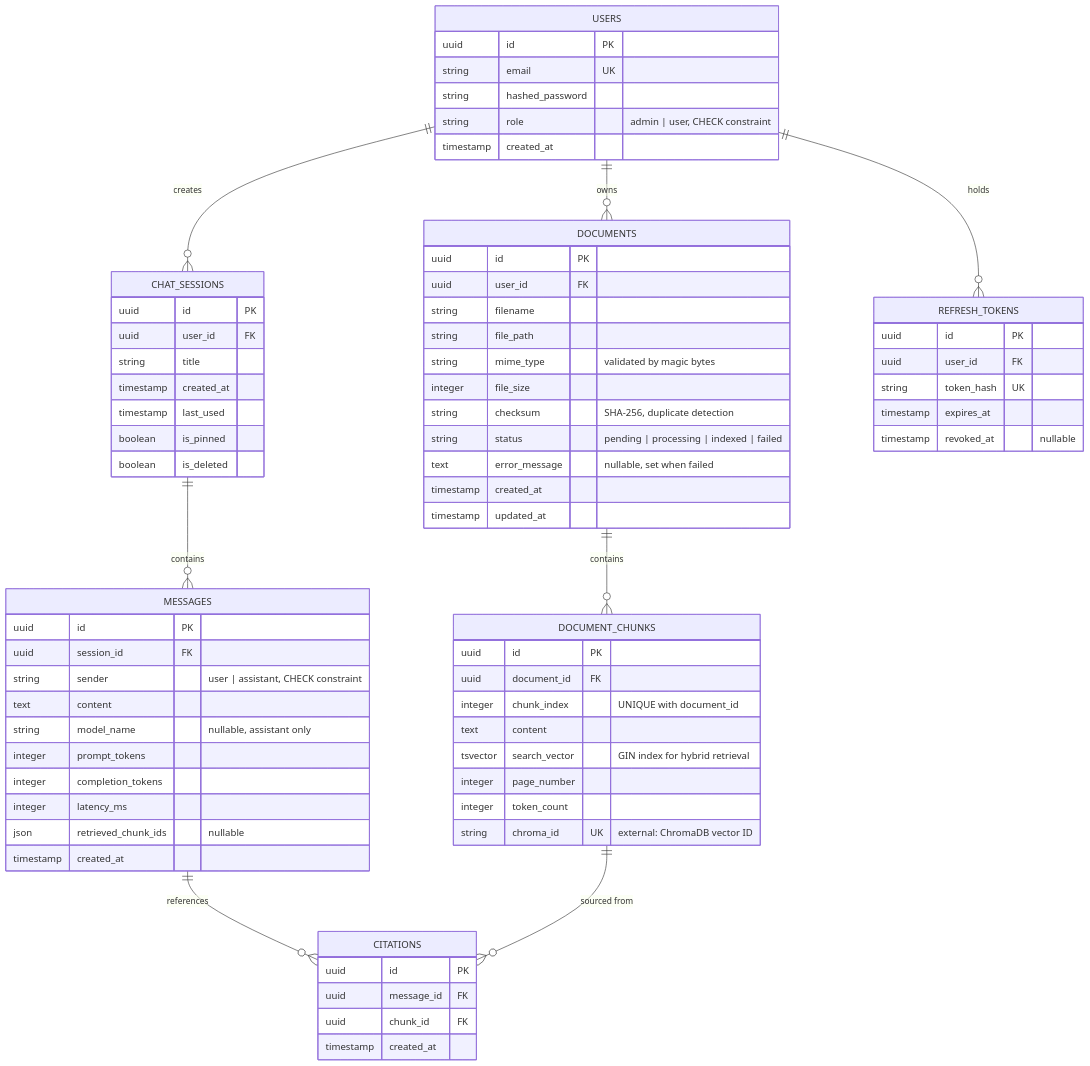
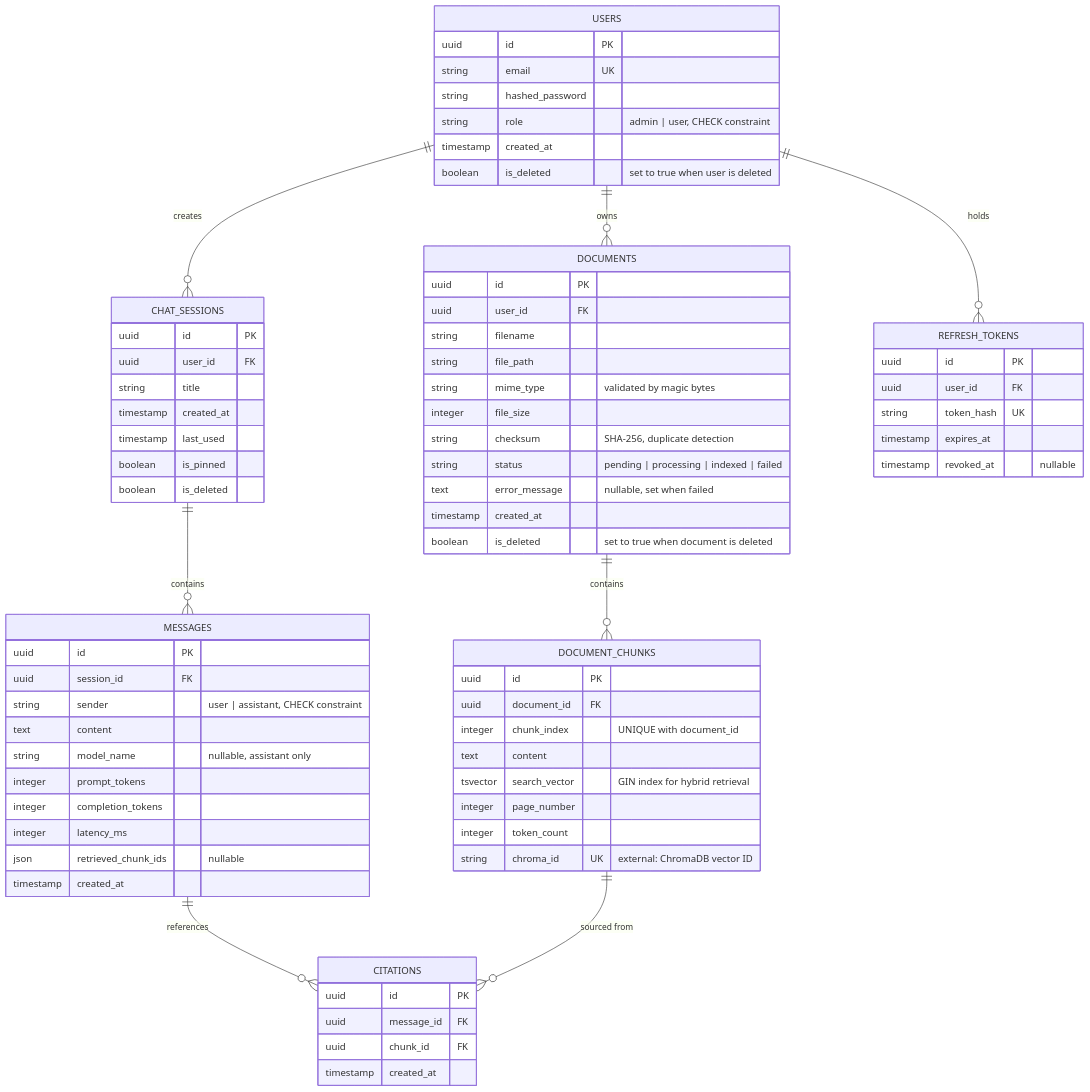
Before and after one commit to Aether-Link-Tech/RAG-Model: the second of 2 diagrams in README.md, drawn with Mermaid.

Commit message:
docs: add is_deleted field to users and documents in database schema diagram

````diff
--- a/README.md
+++ b/README.md
@@ -141,81 +141,82 @@
 ```mermaid
 erDiagram
     USERS ||--o{ DOCUMENTS : "owns"
     USERS ||--o{ CHAT_SESSIONS : "creates"
     USERS ||--o{ REFRESH_TOKENS : "holds"
     DOCUMENTS ||--o{ DOCUMENT_CHUNKS : "contains"
     CHAT_SESSIONS ||--o{ MESSAGES : "contains"
     MESSAGES ||--o{ CITATIONS : "references"
     DOCUMENT_CHUNKS ||--o{ CITATIONS : "sourced from"
 
     USERS {
         uuid id PK
         string email UK
         string hashed_password
         string role "admin | user, CHECK constraint"
         timestamp created_at
+        boolean is_deleted "set to true when user is deleted"
     }
 
     REFRESH_TOKENS {
         uuid id PK
         uuid user_id FK
         string token_hash UK
         timestamp expires_at
         timestamp revoked_at "nullable"
     }
 
     DOCUMENTS {
         uuid id PK
         uuid user_id FK
         string filename
         string file_path
         string mime_type "validated by magic bytes"
         integer file_size
         string checksum "SHA-256, duplicate detection"
         string status "pending | processing | indexed | failed"
         text error_message "nullable, set when failed"
         timestamp created_at
-        timestamp updated_at
+        boolean is_deleted "set to true when document is deleted"
     }
 
     DOCUMENT_CHUNKS {
         uuid id PK
         uuid document_id FK
         integer chunk_index "UNIQUE with document_id"
         text content
         tsvector search_vector "GIN index for hybrid retrieval"
         integer page_number
         integer token_count
         string chroma_id UK "external: ChromaDB vector ID"
     }
 
     CHAT_SESSIONS {
         uuid id PK
         uuid user_id FK
         string title
         timestamp created_at
         timestamp last_used
         boolean is_pinned
         boolean is_deleted
     }
 
     MESSAGES {
         uuid id PK
         uuid session_id FK
         string sender "user | assistant, CHECK constraint"
         text content
         string model_name "nullable, assistant only"
         integer prompt_tokens
         integer completion_tokens
         integer latency_ms
         json retrieved_chunk_ids "nullable"
         timestamp created_at
     }
 
     CITATIONS {
         uuid id PK
         uuid message_id FK
         uuid chunk_id FK
         timestamp created_at
     }
 ```
````
